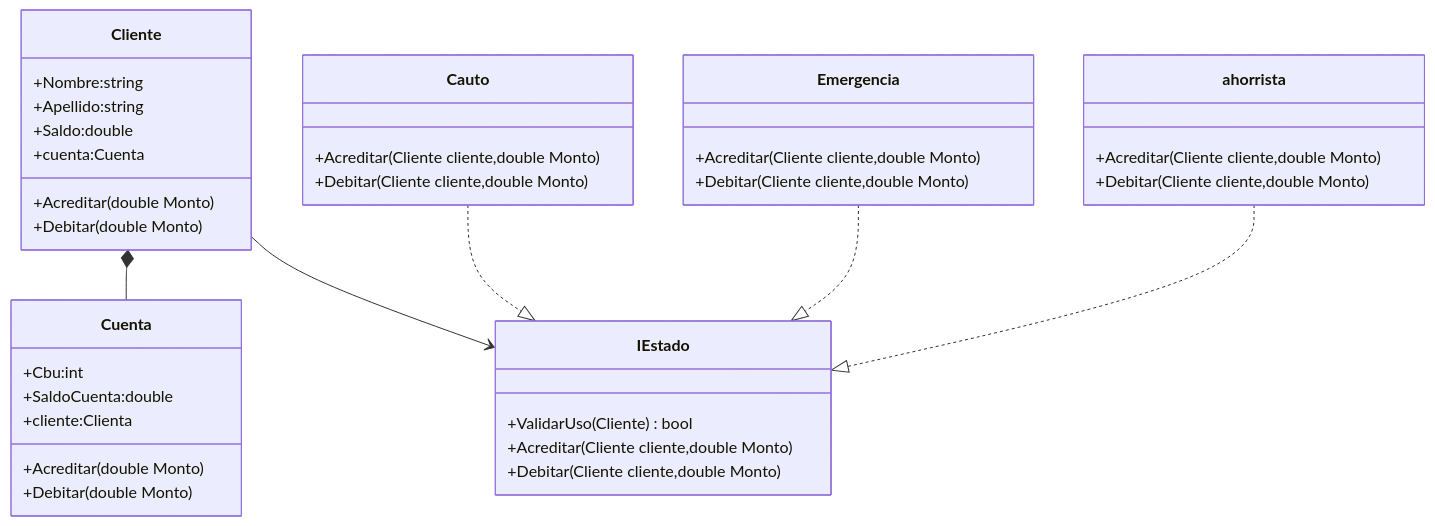
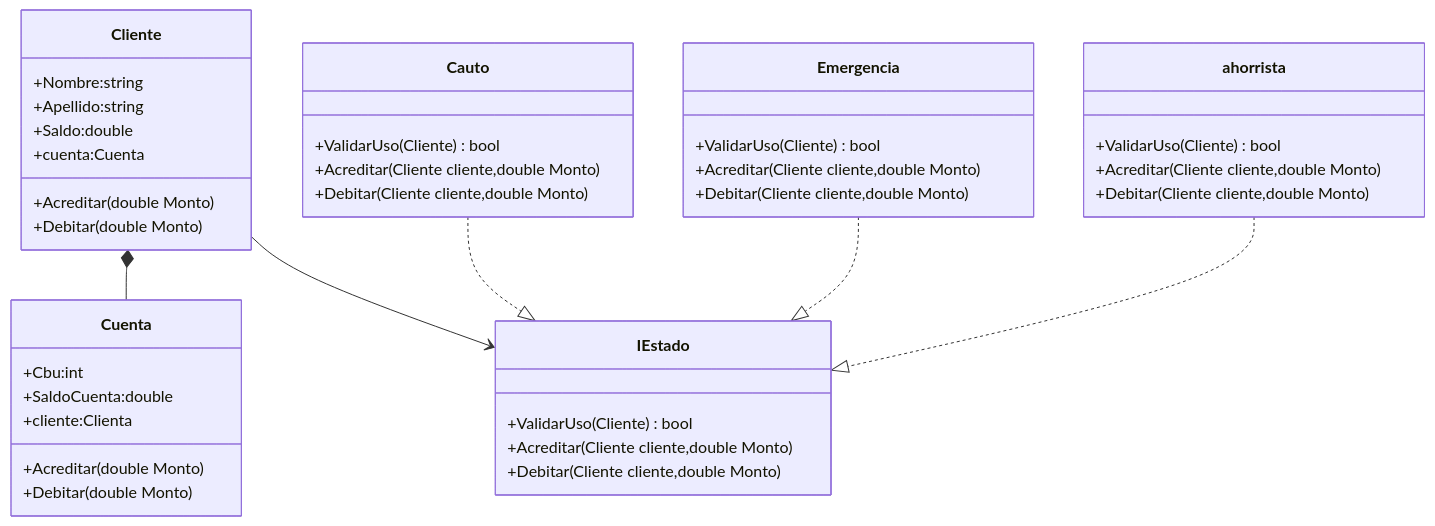
One commit to JRyoy/Banco changed the diagram in README.md. Above: the diagram before and after it, drawn with Mermaid. The commit also changed 1 other file, not shown here.

````diff
--- a/README.md
+++ b/README.md
@@ -2,50 +2,53 @@
 ```mermaid
 classDiagram
 
 class Cuenta{
     +Cbu:int
     +SaldoCuenta:double 
     +cliente:Clienta
     +Acreditar(double Monto)
     +Debitar(double Monto)
 }
 Cliente *-- Cuenta
 class Cliente{
 
     +Nombre:string
     +Apellido:string
     +Saldo:double
     +cuenta:Cuenta
     +Acreditar(double Monto)
     +Debitar(double Monto)
 
 }
 Cliente --> IEstado
 
 class  IEstado{
     <Interface>
     +ValidarUso(Cliente)bool
     +Acreditar(Cliente cliente,double Monto)
     +Debitar(Cliente cliente,double Monto)
 }
 Cauto..|>IEstado
 Emergencia..|>IEstado
 ahorrista..|>IEstado
 class Cauto{
+    +ValidarUso(Cliente)bool
     +Acreditar(Cliente cliente,double Monto)
     +Debitar(Cliente cliente,double Monto)
 
 }
 class Emergencia{
+    +ValidarUso(Cliente)bool
     +Acreditar(Cliente cliente,double Monto)
     +Debitar(Cliente cliente,double Monto)
 }
 class ahorrista{
+    +ValidarUso(Cliente)bool
     +Acreditar(Cliente cliente,double Monto)
     +Debitar(Cliente cliente,double Monto)
 
 }
 
 
 
 ```
````
